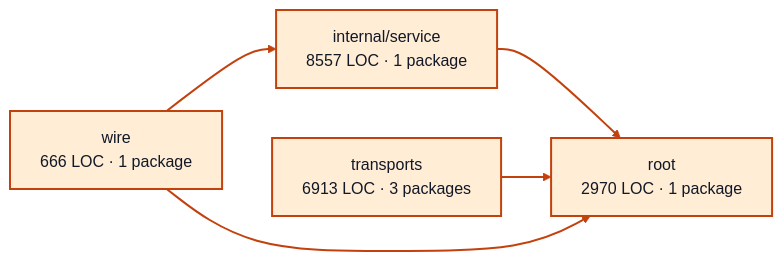
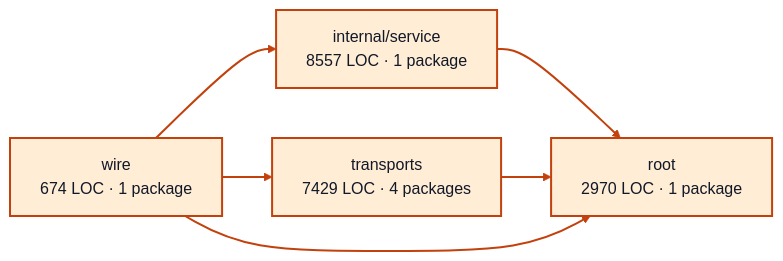
Before and after one commit to portpowered/you-agent-factory: the diagram in docs/architecture/visualizations/services/worker_sessions.md, drawn with Mermaid. The commit also changed other lines of this file and 20 other files, not shown here.

Commit message:
docs: refresh backend architecture visualizations

````diff
--- a/docs/architecture/visualizations/services/worker_sessions.md
+++ b/docs/architecture/visualizations/services/worker_sessions.md
@@ -11,16 +11,17 @@
 ```mermaid
 flowchart LR
   p0["internal/service<br/>8557 LOC · 1 package"]
   p1["root<br/>2970 LOC · 1 package"]
-  p2["transports<br/>6913 LOC · 3 packages"]
-  p3["wire<br/>666 LOC · 1 package"]
+  p2["transports<br/>7429 LOC · 4 packages"]
+  p3["wire<br/>674 LOC · 1 package"]
   p0 --> p1
   p2 --> p1
   p3 --> p0
   p3 --> p1
+  p3 --> p2
   style p0 fill:#ffedd5,stroke:#c2410c,stroke-width:2px,color:#111827
   style p1 fill:#ffedd5,stroke:#c2410c,stroke-width:2px,color:#111827
   style p2 fill:#ffedd5,stroke:#c2410c,stroke-width:2px,color:#111827
   style p3 fill:#ffedd5,stroke:#c2410c,stroke-width:2px,color:#111827
   linkStyle default stroke:#c2410c,stroke-width:2px
 ```
````
